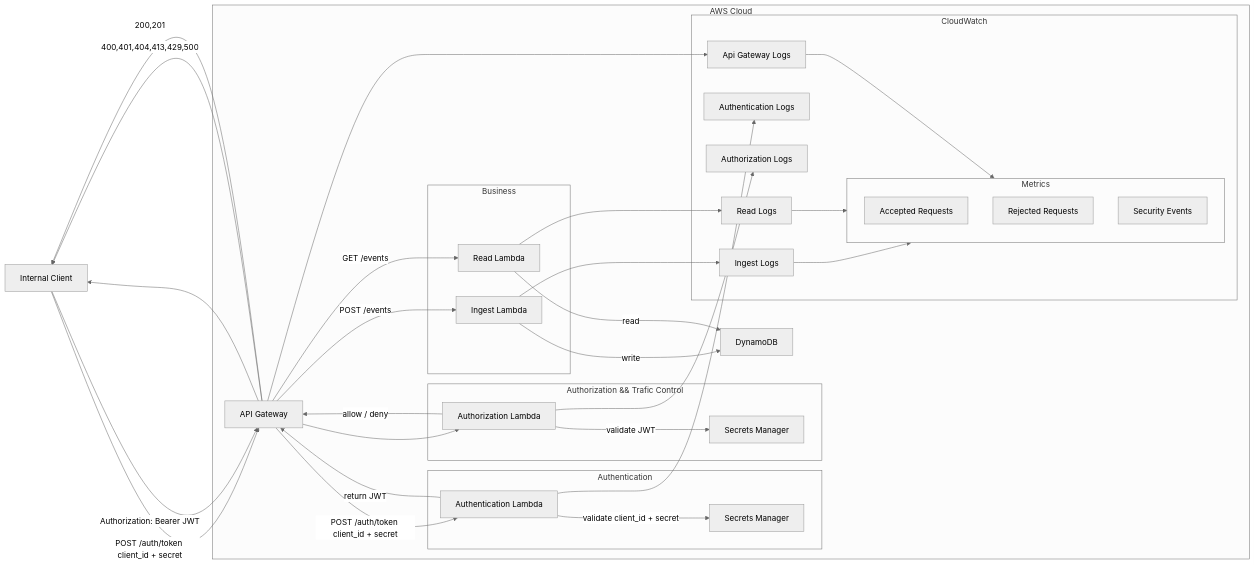
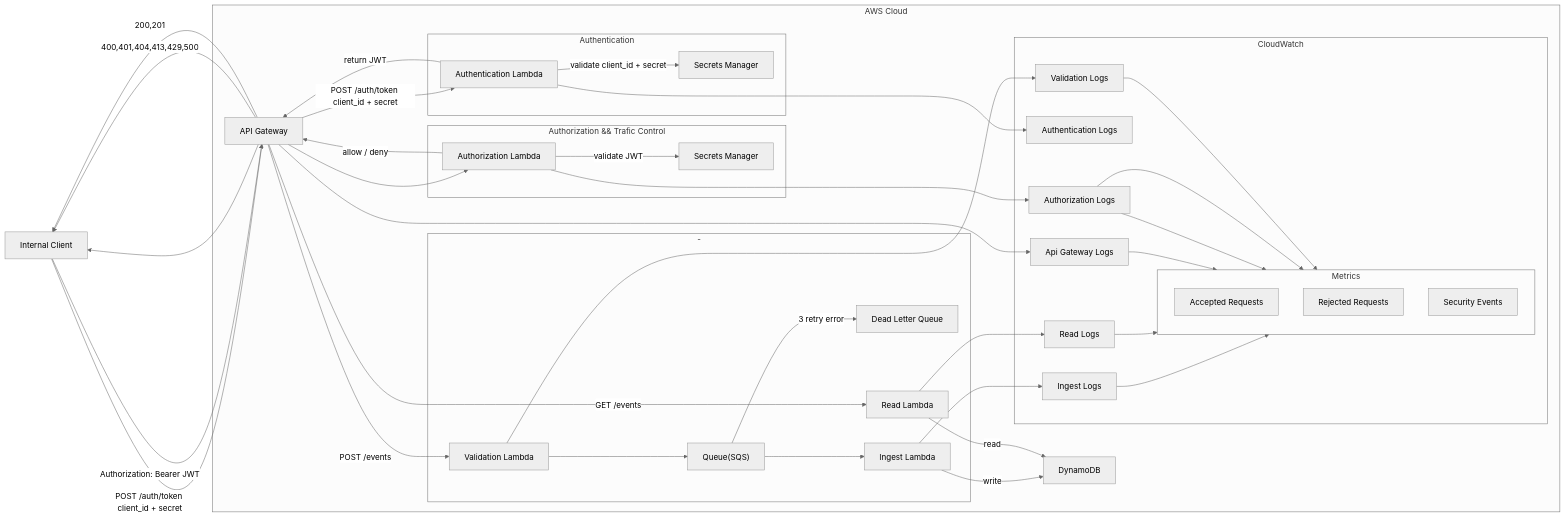
One commit to Kilianrm/cloud-events-platform changed the diagram in docs/architecture/aws-service-mapping.md. Above: the diagram before and after it, drawn with Mermaid (neutral theme). The commit also changed other lines of this file and 2 other files, not shown here.

Commit message:
doc: update architecture documentation for 1.3

````diff
--- a/docs/architecture/aws-service-mapping.md
+++ b/docs/architecture/aws-service-mapping.md
@@ -44,9 +44,11 @@
         end
 
         %% --- Business Flow ---
-        subgraph BizFlow["Business"]
-            
+        subgraph BizFlow["-"]
+            Validation["Validation Lambda"]
+            SQS["Queue(SQS)"]
             Ingest["Ingest Lambda"]
+            DLQ["Dead Letter Queue"]
             Read["Read Lambda"]
         end
 
@@ -60,6 +62,7 @@
             LGAuthorization["Authorization Logs"]
             LG1["Ingest Logs"]
             LG2["Read Logs"]
+            LG3["Validation Logs"]
 
             subgraph Metrics["Metrics"]
                 Accepted["Accepted Requests"]
@@ -90,8 +93,12 @@
     %% Possible outcomes
     APIGW -->|400,401,404,413,429,500| Client
     APIGW -->|200,201| Client
-    APIGW -->|POST /events| Ingest
+    APIGW -->|POST /events| Validation
     APIGW -->|GET /events| Read
+
+    %% Ingestion:
+    Validation --> SQS --> Ingest
+    SQS --> | 3 retry error | DLQ
 
     %% Database interactions
     Ingest -->|write| DB
@@ -103,8 +110,12 @@
     LAW --> LGAuthorization
     Ingest --> LG1
     Read --> LG2
+    Validation --> LG3
     %% Metrics
     LG1 --> Metrics
     LG2 --> Metrics
     LGSec --> Metrics
+    LGAuthorization --> Metrics
+    LGAuthorization --> Metrics
+    LG3 --> Metrics
 ```
````
